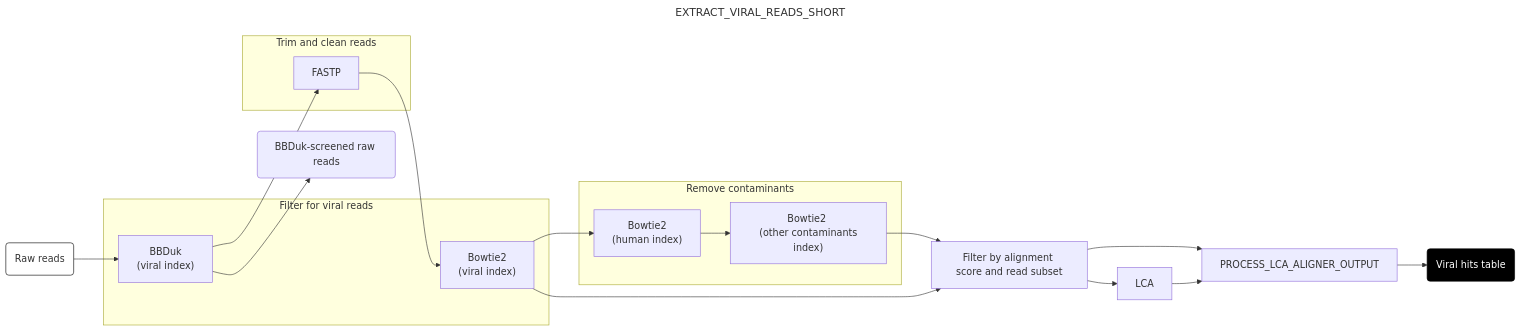
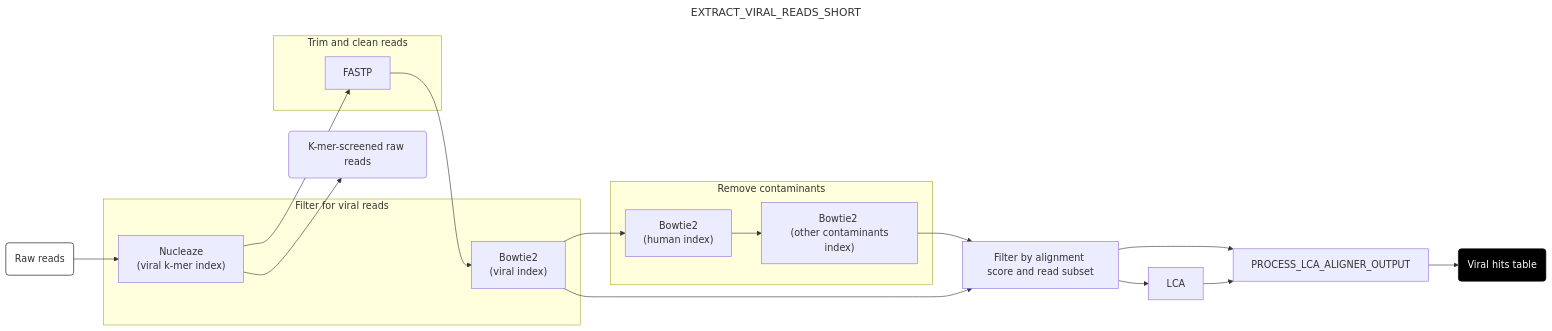
Before and after one commit to securebio/nao-mgs-workflow: the sixth of 9 diagrams in docs/run.md, drawn with Mermaid. The commit also changed other lines of this file and 20 other files, not shown here.

First line of the commit message:
Replace BBDuk viral k-mer pre-screen with Nucleaze

````diff
--- a/docs/run.md
+++ b/docs/run.md
@@ -197,34 +197,34 @@
 ```mermaid
 ---
 title: EXTRACT_VIRAL_READS_SHORT
 config:
   layout: horizontal
 ---
 flowchart LR
-A(Raw reads) --> B["BBDuk <br> (viral index)"]
-B --> M(BBDuk-screened raw reads)
+A(Raw reads) --> B["Nucleaze <br> (viral k-mer index)"]
+B --> M(K-mer-screened raw reads)
 B --> C[FASTP]
 C --> E["Bowtie2 <br> (viral index)"]
 E --> F["Bowtie2 <br> (human index)"]
 F --> G["Bowtie2 <br> (other contaminants index)"]
 G --> H[Filter by alignment score and read subset]
 E --> H
 H --> I[LCA]
 H --> J
 I --> J[PROCESS_LCA_ALIGNER_OUTPUT]
 J --> K(Viral hits table)
 
 subgraph "Filter for viral reads"
 B
 E
 end
 subgraph "Trim and clean reads"
 C
 end
 subgraph "Remove contaminants"
 F
 G
 end
 style A fill:#fff,stroke:#000
 style K fill:#000,color:#fff,stroke:#000
 ```
````
